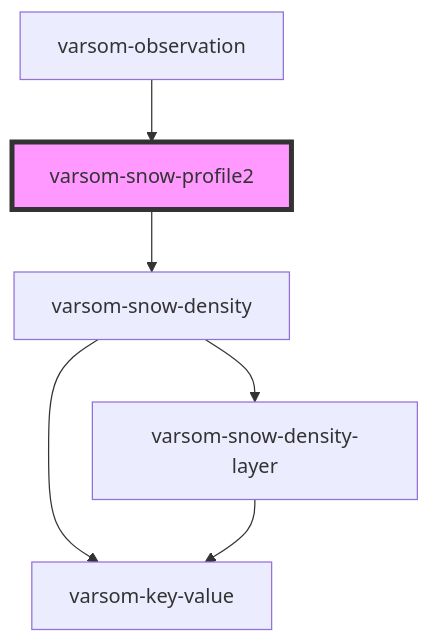
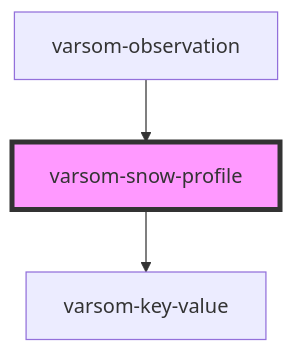
One commit to NVE/varsom-observation changed the diagram in observasjonskort/src/components/varsom-snow-profile/readme.md. Above: the diagram before and after it, drawn with Mermaid. The commit also changed other lines of this file and 2 other files, not shown here.

Commit message:
snow profile story

````diff
--- a/observasjonskort/src/components/varsom-snow-profile/readme.md
+++ b/observasjonskort/src/components/varsom-snow-profile/readme.md
@@ -34,9 +35,6 @@
 ```mermaid
 graph TD;
-  varsom-snow-profile2 --> varsom-snow-density
-  varsom-snow-density --> varsom-key-value
-  varsom-snow-density --> varsom-snow-density-layer
-  varsom-snow-density-layer --> varsom-key-value
-  varsom-observation --> varsom-snow-profile2
-  style varsom-snow-profile2 fill:#f9f,stroke:#333,stroke-width:4px
+  varsom-snow-profile --> varsom-key-value
+  varsom-observation --> varsom-snow-profile
+  style varsom-snow-profile fill:#f9f,stroke:#333,stroke-width:4px
 ```
````
